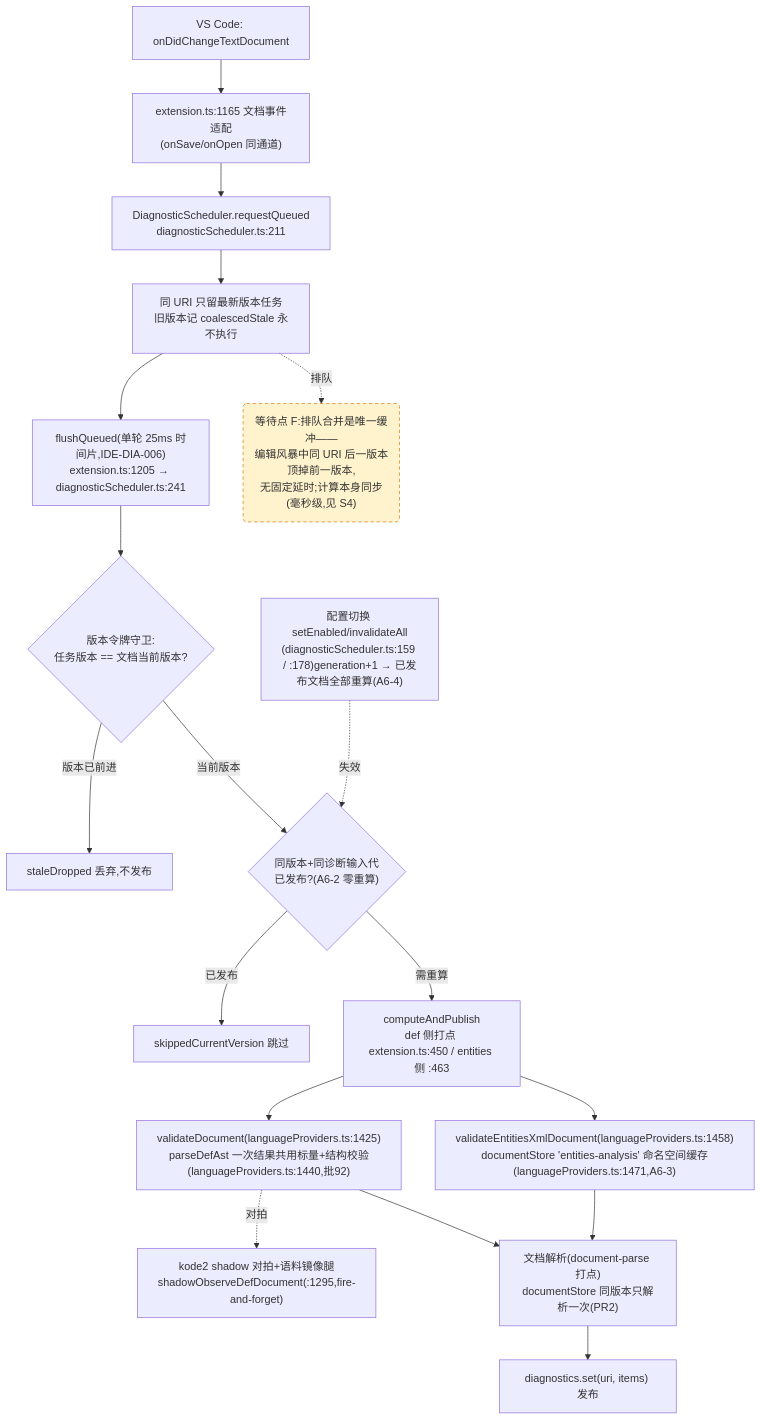
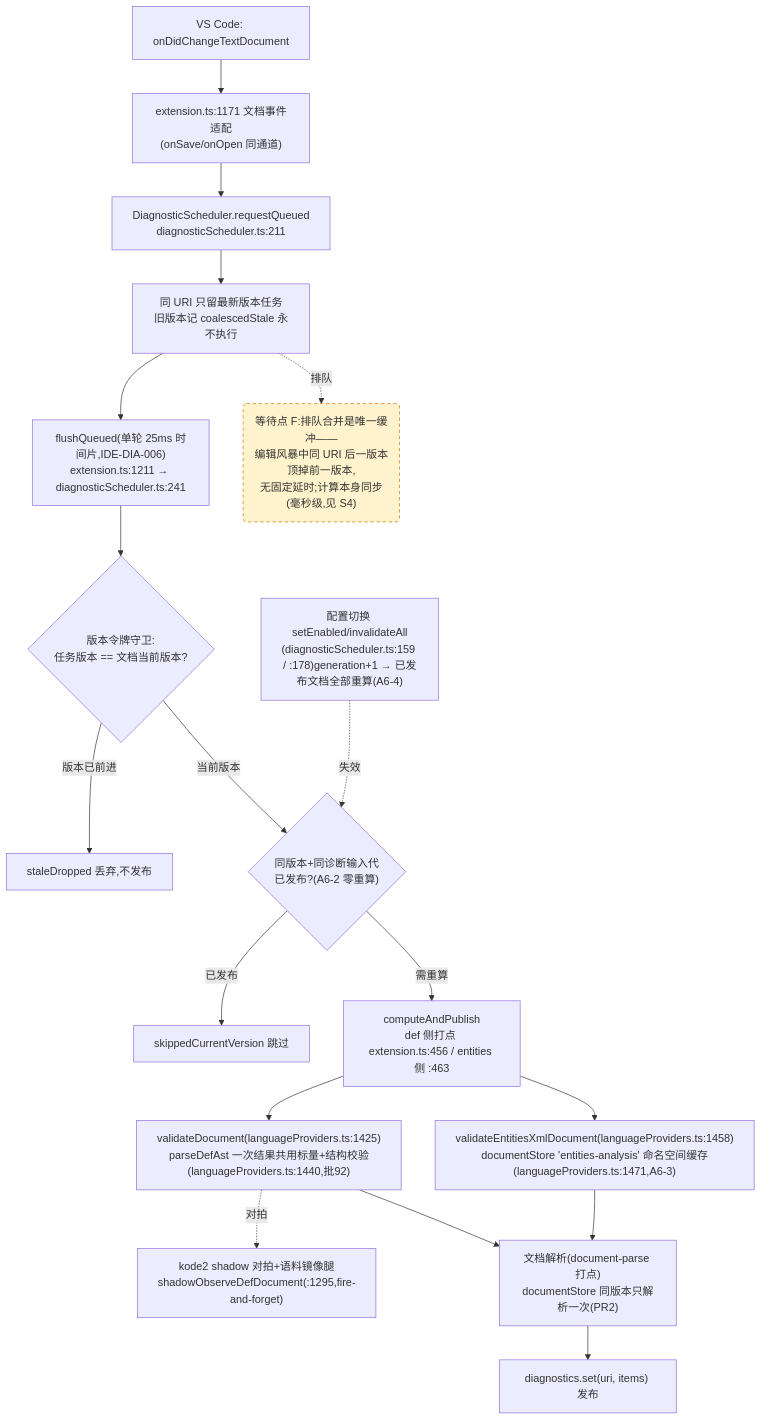
Before and after one commit to cuihairu/kode: the fourth of 4 diagrams in docs/perf/2026-baseline.md, drawn with Mermaid. The commit also changed other lines of this file and 11 other files, not shown here.

````diff
--- a/docs/perf/2026-baseline.md
+++ b/docs/perf/2026-baseline.md
@@ -214,38 +214,38 @@
 ```mermaid
 flowchart TD
   CHG["VS Code: onDidChangeTextDocument"]
-  WATCH["extension.ts:1165 文档事件适配<br/>(onSave/onOpen 同通道)"]
+  WATCH["extension.ts:1171 文档事件适配<br/>(onSave/onOpen 同通道)"]
   RQ["DiagnosticScheduler.requestQueued<br/>diagnosticScheduler.ts:211"]
   CO["同 URI 只留最新版本任务<br/>旧版本记 coalescedStale 永不执行"]
-  FL["flushQueued(单轮 25ms 时间片,IDE-DIA-006)<br/>extension.ts:1205 → diagnosticScheduler.ts:241"]
+  FL["flushQueued(单轮 25ms 时间片,IDE-DIA-006)<br/>extension.ts:1211 → diagnosticScheduler.ts:241"]
   VG{"版本令牌守卫:<br/>任务版本 == 文档当前版本?"}
   DROP["staleDropped 丢弃,不发布"]
   GEN{"同版本+同诊断输入代<br/>已发布?(A6-2 零重算)"}
   SKIP["skippedCurrentVersion 跳过"]
-  CALC["computeAndPublish<br/>def 侧打点 extension.ts:450 / entities 侧 :463"]
+  CALC["computeAndPublish<br/>def 侧打点 extension.ts:456 / entities 侧 :463"]
   VD["validateDocument(languageProviders.ts:1425)<br/>parseDefAst 一次结果共用标量+结构校验(languageProviders.ts:1440,批92)"]
   VEX["validateEntitiesXmlDocument(languageProviders.ts:1458)<br/>documentStore 'entities-analysis' 命名空间缓存(languageProviders.ts:1471,A6-3)"]
   SHDD["kode2 shadow 对拍+语料镜像腿<br/>shadowObserveDefDocument(:1295,fire-and-forget)"]
   DS["文档解析(document-parse 打点)<br/>documentStore 同版本只解析一次(PR2)"]
   PUB["diagnostics.set(uri, items) 发布"]
   CFG2["配置切换 setEnabled/invalidateAll<br/>(diagnosticScheduler.ts:159 / :178)generation+1 → 已发布文档全部重算(A6-4)"]
 
   CHG --> WATCH --> RQ --> CO --> FL --> VG
   VG -- "版本已前进" --> DROP
   VG -- "当前版本" --> GEN
   GEN -- "已发布" --> SKIP
   GEN -- "需重算" --> CALC
   CALC --> VD
   CALC --> VEX
   VD --> DS
   VEX --> DS
   DS --> PUB
   VD -.->|对拍| SHDD
   CFG2 -.->|失效| GEN
 
   WAITF("等待点 F:排队合并是唯一缓冲——<br/>编辑风暴中同 URI 后一版本顶掉前一版本,<br/>无固定延时;计算本身同步(毫秒级,见 S4)")
   CO -.->|排队| WAITF
 
   classDef waitPoint fill:#fff3cd,stroke:#d97706,stroke-dasharray:5 4;
   class WAITF waitPoint;
 ```
````
